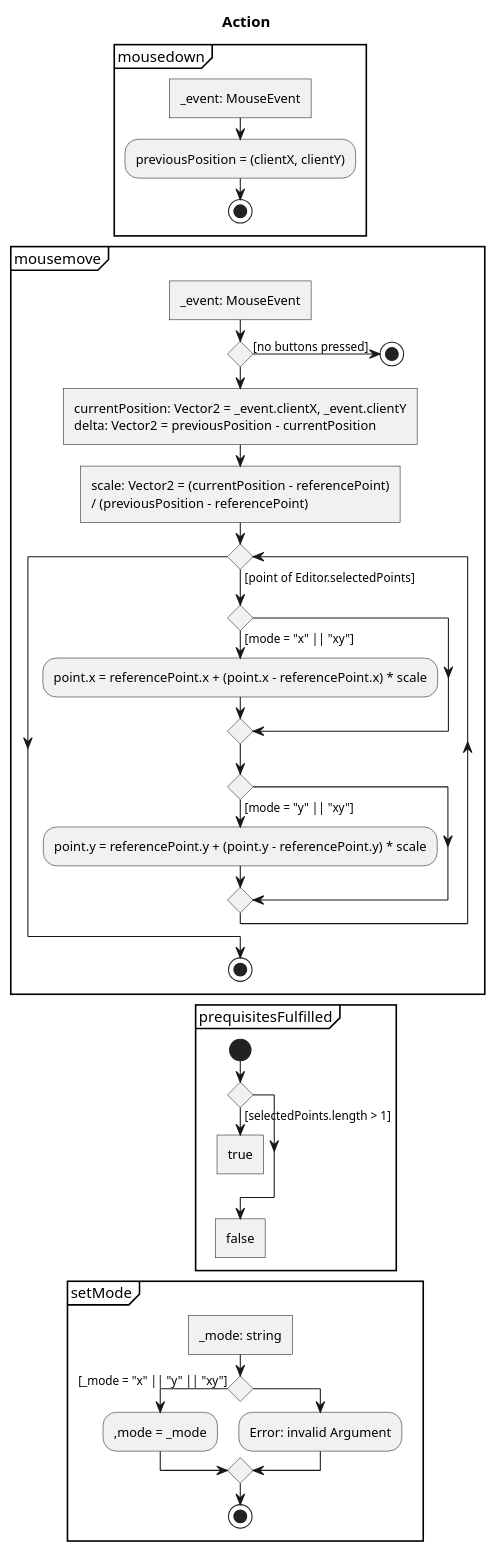
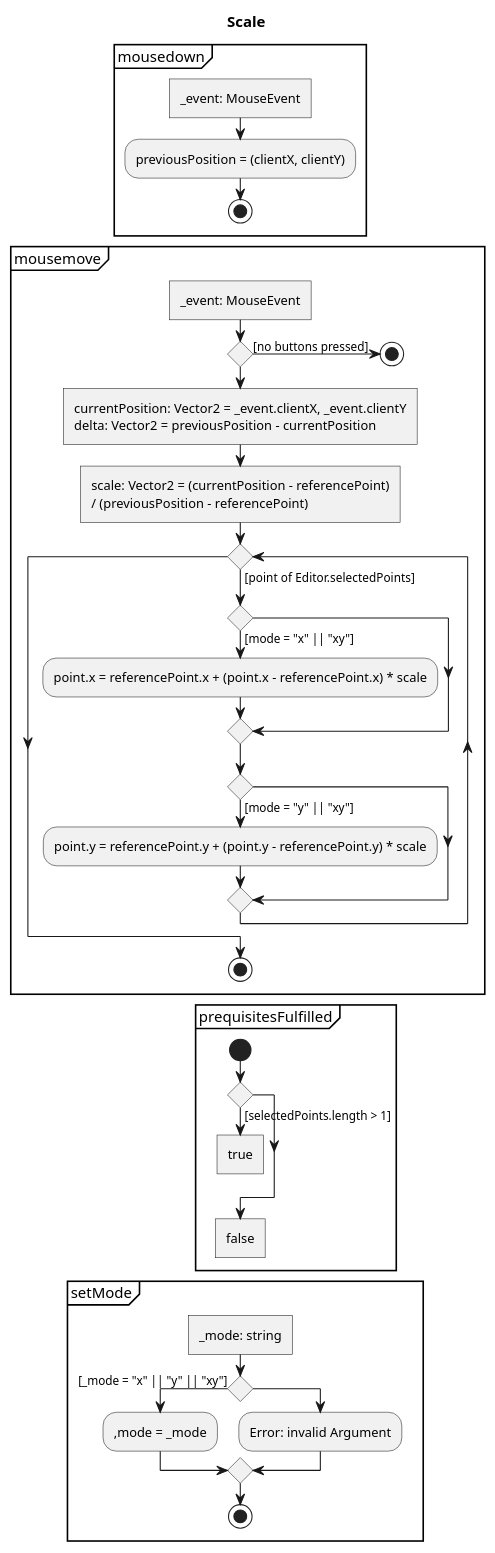
One commit to JirkaDellOro/FUDGE changed the diagram in Experiments/Lukas/VectorEditor/concept/Activities/Actions/Scale.puml. Above: the diagram before and after it, drawn with PlantUML. The commit also changed 4 other files, not shown here.

```diff
--- a/Experiments/Lukas/VectorEditor/concept/Activities/Actions/Scale.puml
+++ b/Experiments/Lukas/VectorEditor/concept/Activities/Actions/Scale.puml
@@ -1,53 +1,53 @@
-@startuml Action
+@startuml Scale
 skinparam monochrome true
 
-title Action
+title Scale
 
 partition mousedown {
 	:_event: MouseEvent]
 	:previousPosition = (clientX, clientY);
 	stop
 }
 
 partition mousemove {
 	:_event: MouseEvent]
 	if() then ([no buttons pressed])
 		stop
 	endif
 	' TODO: keep ratio
 	:currentPosition: Vector2 = _event.clientX, _event.clientY
 	delta: Vector2 = previousPosition - currentPosition]
 	:scale: Vector2 = (currentPosition - referencePoint) 
 	/ (previousPosition - referencePoint)]
 	while () is ([point of Editor.selectedPoints])
 		if() then ([mode = "x" || "xy"])
 			:point.x = referencePoint.x + (point.x - referencePoint.x) * scale;
 		endif
 		if() then ([mode = "y" || "xy"])
 			:point.y = referencePoint.y + (point.y - referencePoint.y) * scale;
 		endif
 	endwhile
 	stop
 }
 
 partition prequisitesFulfilled {
 	start
 	if() then([selectedPoints.length > 1])
 		:true]
 		detach
 	endif
 	:false]
 	detach
 }
 
 partition setMode {
 	:_mode: string]
 	if() then ([_mode = "x" || "y" || "xy"])
 		:,mode = _mode;
 	else
 		:Error: invalid Argument;
 	endif
 	stop
 }
 
 @enduml
```
